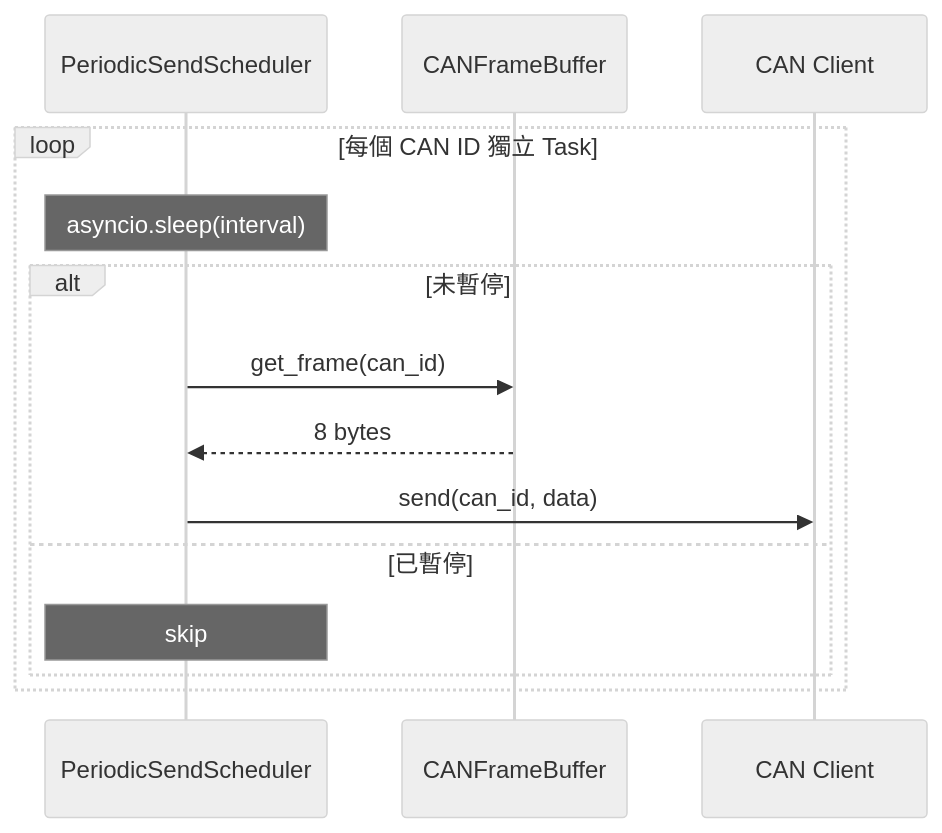
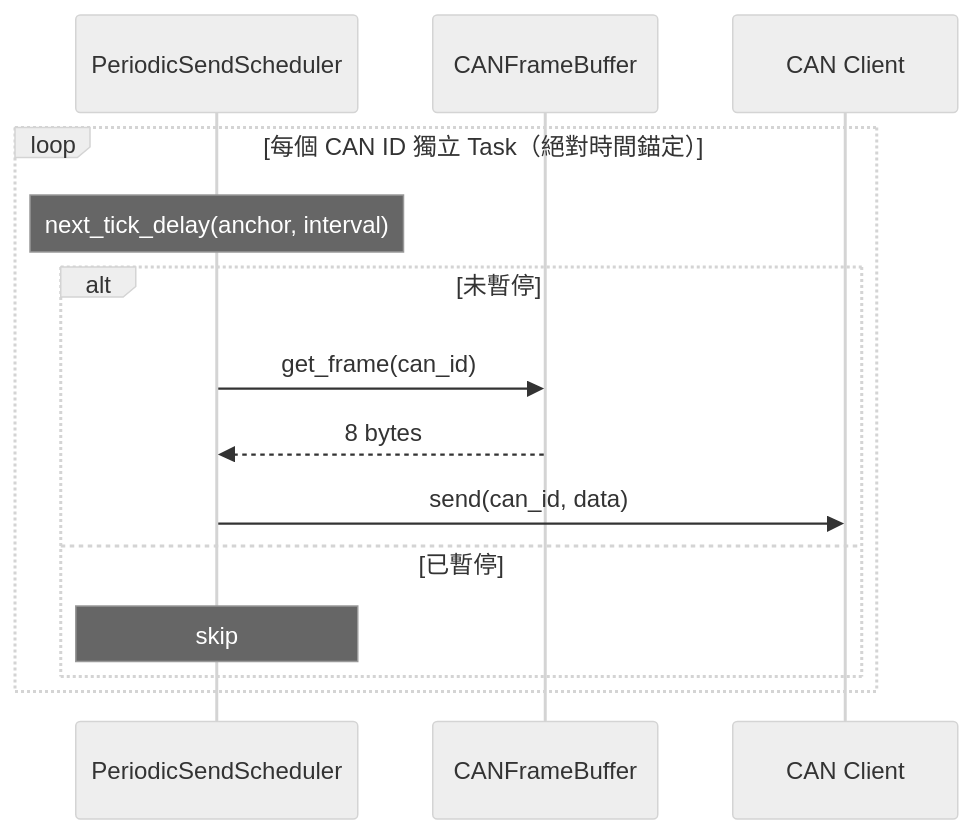
The diagram in docs/04-Equipment/PeriodicSendScheduler.md (csp0924/csplib), drawn with Mermaid (neutral theme) before and after one commit. The commit also changed other lines of this file and 10 other files, not shown here.

````diff
--- a/docs/04-Equipment/PeriodicSendScheduler.md
+++ b/docs/04-Equipment/PeriodicSendScheduler.md
@@ -82,17 +82,17 @@
 ```mermaid
 sequenceDiagram
     participant Scheduler as PeriodicSendScheduler
     participant Buffer as CANFrameBuffer
     participant Client as CAN Client
 
-    loop 每個 CAN ID 獨立 Task
-        Note over Scheduler: asyncio.sleep(interval)
+    loop 每個 CAN ID 獨立 Task（絕對時間錨定）
+        Note over Scheduler: next_tick_delay(anchor, interval)
         alt 未暫停
             Scheduler->>Buffer: get_frame(can_id)
             Buffer-->>Scheduler: 8 bytes
             Scheduler->>Client: send(can_id, data)
         else 已暫停
             Note over Scheduler: skip
         end
     end
 ```
````
